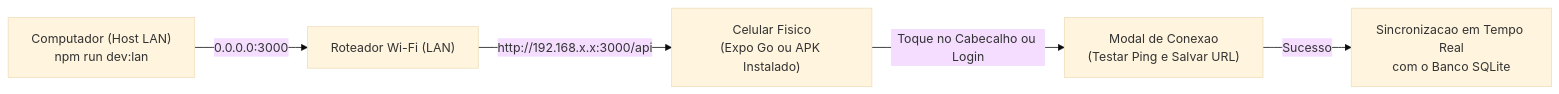
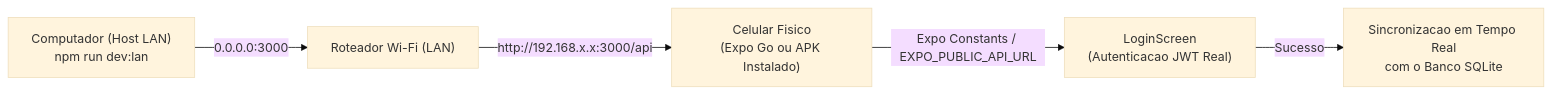
One commit to rodrigosantoscosta/DOMUS changed the diagram in README.md. Above: the diagram before and after it, drawn with Mermaid (base theme). The commit also changed other lines of this file and 13 other files, not shown here.

Commit message:
refactor(mobile): remover badges de status da API e modal de conexao

````diff
--- a/README.md
+++ b/README.md
@@ -361,7 +361,7 @@
 ```mermaid
 flowchart LR
     A["Computador (Host LAN)<br/>npm run dev:lan"] -->|0.0.0.0:3000| B["Roteador Wi-Fi (LAN)"]
     B -->|http://192.168.x.x:3000/api| C["Celular Fisico<br/>(Expo Go ou APK Instalado)"]
-    C -->|Toque no Cabecalho ou Login| D["Modal de Conexao<br/>(Testar Ping e Salvar URL)"]
+    C -->|Expo Constants / EXPO_PUBLIC_API_URL| D["LoginScreen<br/>(Autenticacao JWT Real)"]
     D -->|Sucesso| E["Sincronizacao em Tempo Real<br/>com o Banco SQLite"]
 ```
````
